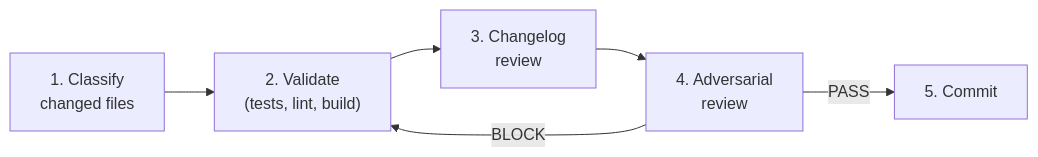
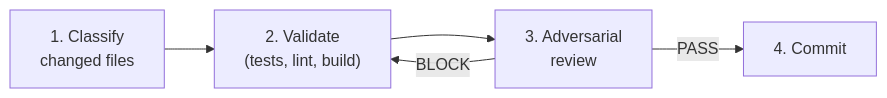
The second of 2 diagrams in docs/operations/ai-assisted-development.md (sean8601/mockserver-monorepo), drawn with Mermaid before and after one commit. The commit also changed other lines of this file and 210 other files, not shown here.

````diff
--- a/docs/operations/ai-assisted-development.md
+++ b/docs/operations/ai-assisted-development.md
@@ -82,12 +82,10 @@
 ```mermaid
 flowchart LR
     S1["1. Classify
     changed files"] --> S2["2. Validate
     (tests, lint, build)"]
-    S2 --> S3["3. Changelog
+    S2 --> S3["3. Adversarial
     review"]
-    S3 --> S4["4. Adversarial
-    review"]
-    S4 -->|BLOCK| S2
-    S4 -->|PASS| S5["5. Commit"]
+    S3 -->|BLOCK| S2
+    S3 -->|PASS| S4["4. Commit"]
 ```
````
